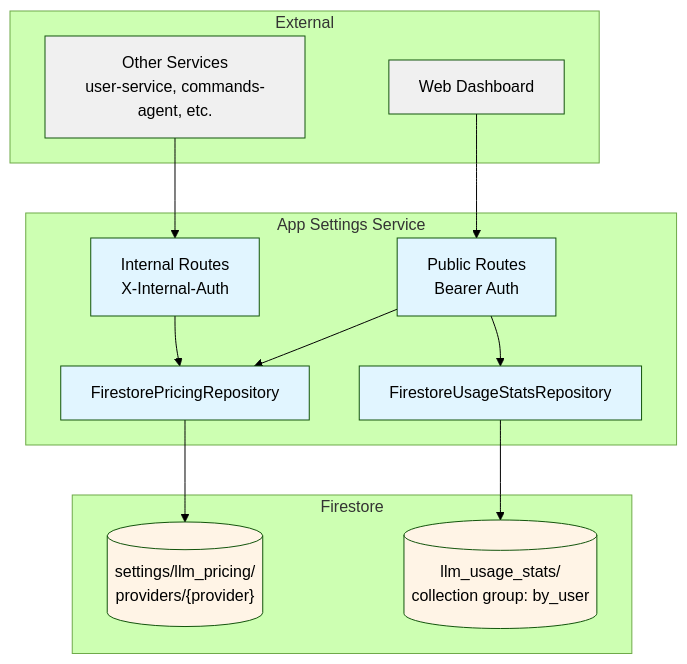
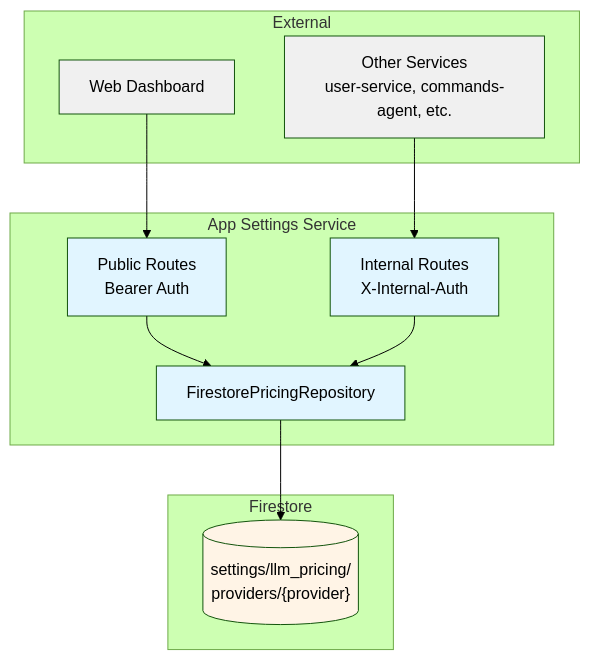
Before and after one commit to pbuchman/intexuraos: the first of 2 diagrams in docs/services/app-settings-service/technical.md, drawn with Mermaid (forest theme). The commit also changed other lines of this file and 3 other files, not shown here.

````diff
--- a/docs/services/app-settings-service/technical.md
+++ b/docs/services/app-settings-service/technical.md
@@ -9,35 +9,31 @@
 ```mermaid
 graph TB
     subgraph "External"
         WebApp[Web Dashboard]
         Services[Other Services<br/>user-service, commands-agent, etc.]
     end
 
     subgraph "App Settings Service"
         PublicAPI[Public Routes<br/>Bearer Auth]
         InternalAPI[Internal Routes<br/>X-Internal-Auth]
         PricingRepo[FirestorePricingRepository]
-        UsageRepo[FirestoreUsageStatsRepository]
     end
 
     subgraph "Firestore"
         PricingColl[(settings/llm_pricing/<br/>providers/&lbrace;provider&rbrace;)]
-        UsageColl[(llm_usage_stats/<br/>collection group: by_user)]
     end
 
     WebApp --> PublicAPI
     Services --> InternalAPI
     PublicAPI --> PricingRepo
-    PublicAPI --> UsageRepo
     InternalAPI --> PricingRepo
     PricingRepo --> PricingColl
-    UsageRepo --> UsageColl
 
     classDef service fill:#e1f5ff
     classDef storage fill:#fff4e6
     classDef external fill:#f0f0f0
 
-    class PublicAPI,InternalAPI,PricingRepo,UsageRepo service
-    class PricingColl,UsageColl storage
+    class PublicAPI,InternalAPI,PricingRepo service
+    class PricingColl storage
     class WebApp,Services external
 ```
````
